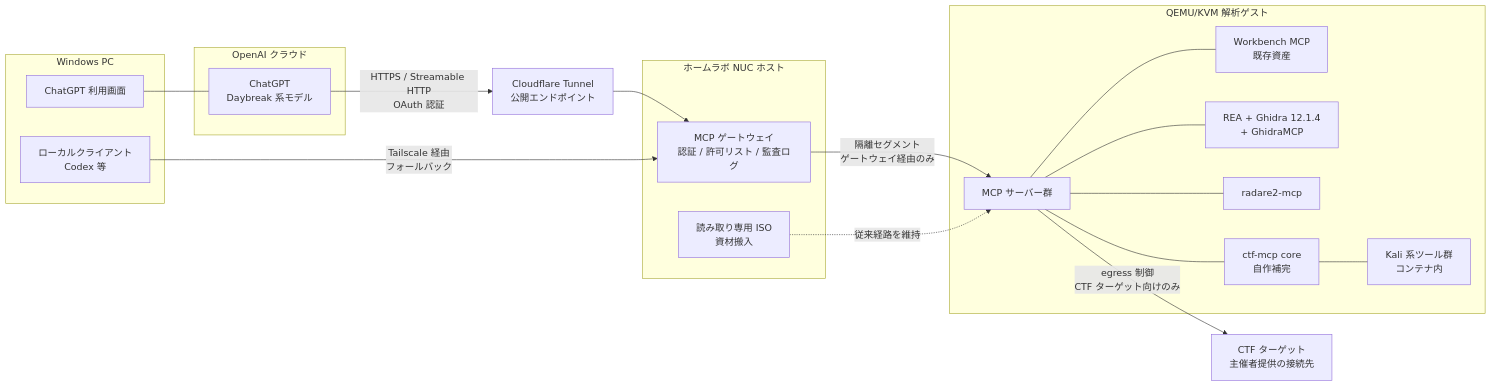
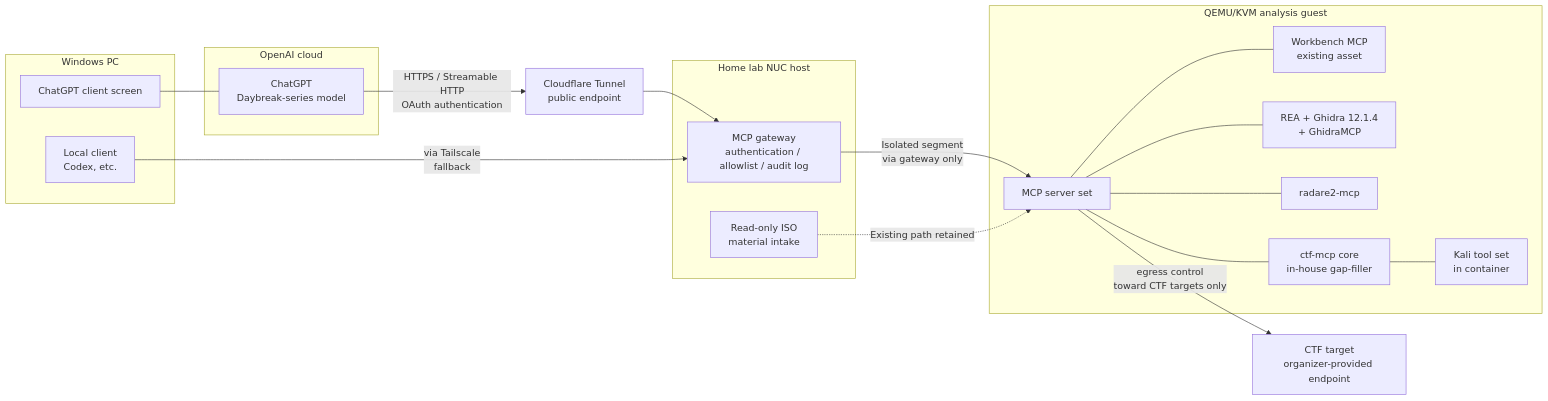
Before and after one commit to moruku36/ctf-vdp-harness: the diagram in docs/02-architecture.md, drawn with Mermaid. The commit also changed other lines of this file and 13 other files, not shown here.

````diff
--- a/docs/02-architecture.md
+++ b/docs/02-architecture.md
@@ -7,34 +9,34 @@
 ```mermaid
 flowchart LR
-    subgraph cloud [OpenAI クラウド]
-        GPT[ChatGPT<br/>Daybreak 系モデル]
+    subgraph cloud [OpenAI cloud]
+        GPT[ChatGPT<br/>Daybreak-series model]
     end
     subgraph win [Windows PC]
-        GPTW[ChatGPT 利用画面]
-        CODEX[ローカルクライアント<br/>Codex 等]
+        GPTW[ChatGPT client screen]
+        CODEX[Local client<br/>Codex, etc.]
     end
     GPTW --- GPT
-    GPT -->|HTTPS / Streamable HTTP<br/>OAuth 認証| CF[Cloudflare Tunnel<br/>公開エンドポイント]
+    GPT -->|HTTPS / Streamable HTTP<br/>OAuth authentication| CF[Cloudflare Tunnel<br/>public endpoint]
     CF --> GW
-    CODEX -->|Tailscale 経由<br/>フォールバック| GW
-    subgraph nuc [ホームラボ NUC ホスト]
-        GW[MCP ゲートウェイ<br/>認証 / 許可リスト / 監査ログ]
-        ISO[読み取り専用 ISO<br/>資材搬入]
+    CODEX -->|via Tailscale<br/>fallback| GW
+    subgraph nuc [Home lab NUC host]
+        GW[MCP gateway<br/>authentication / allowlist / audit log]
+        ISO[Read-only ISO<br/>material intake]
     end
-    GW -->|隔離セグメント<br/>ゲートウェイ経由のみ| VM
-    ISO -.->|従来経路を維持| VM
-    subgraph guest [QEMU/KVM 解析ゲスト]
-        VM[MCP サーバー群]
-        WB[Workbench MCP<br/>既存資産]
+    GW -->|Isolated segment<br/>via gateway only| VM
+    ISO -.->|Existing path retained| VM
+    subgraph guest [QEMU/KVM analysis guest]
+        VM[MCP server set]
+        WB[Workbench MCP<br/>existing asset]
         REA[REA + Ghidra 12.1.4<br/>+ GhidraMCP]
         R2[radare2-mcp]
-        CORE[ctf-mcp core<br/>自作補完]
-        KALI[Kali 系ツール群<br/>コンテナ内]
+        CORE[ctf-mcp core<br/>in-house gap-filler]
+        KALI[Kali tool set<br/>in container]
         VM --- WB
         VM --- REA
         VM --- R2
         VM --- CORE
         CORE --- KALI
     end
-    VM -->|egress 制御<br/>CTF ターゲット向けのみ| CTF[CTF ターゲット<br/>主催者提供の接続先]
+    VM -->|egress control<br/>toward CTF targets only| CTF[CTF target<br/>organizer-provided endpoint]
 ```
````
